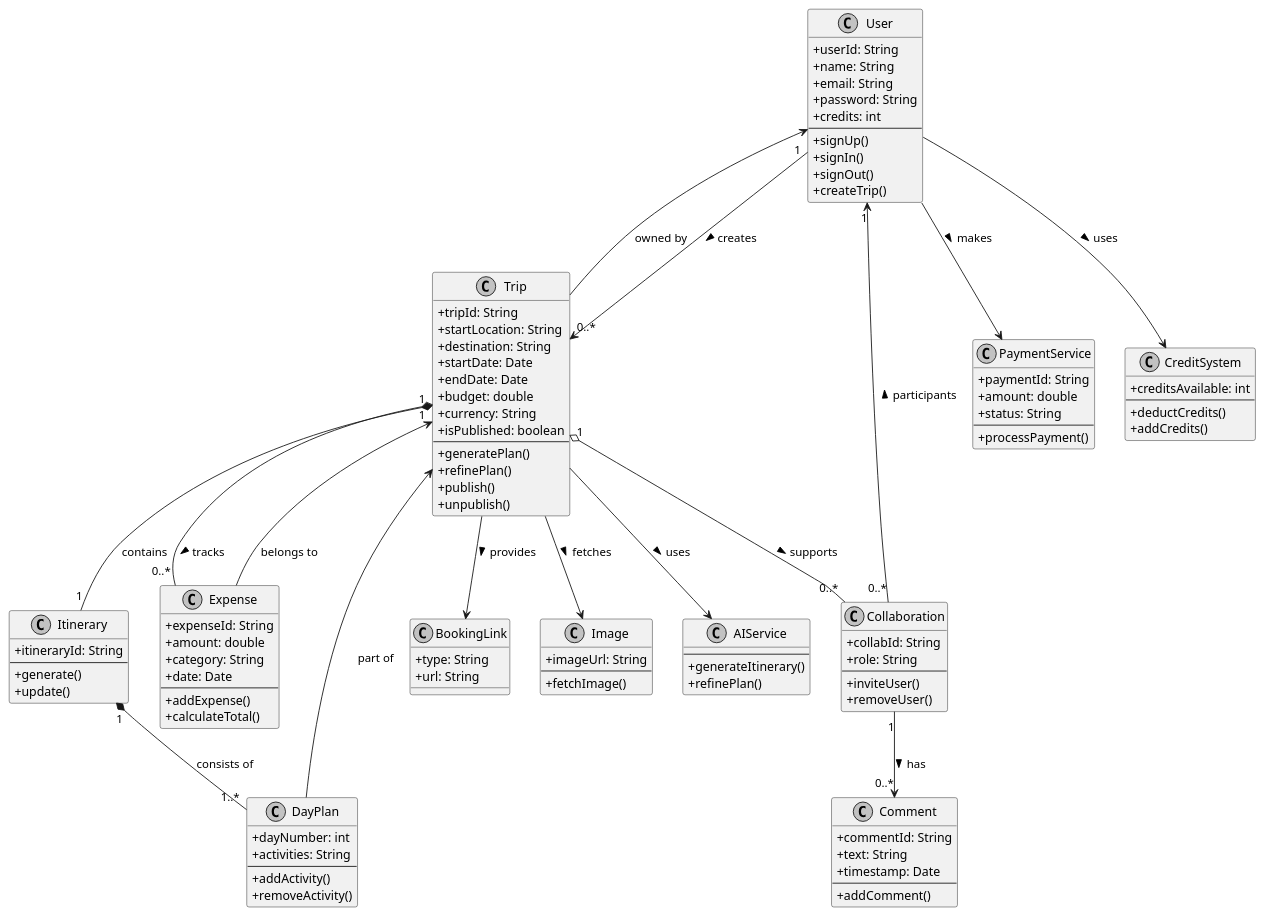
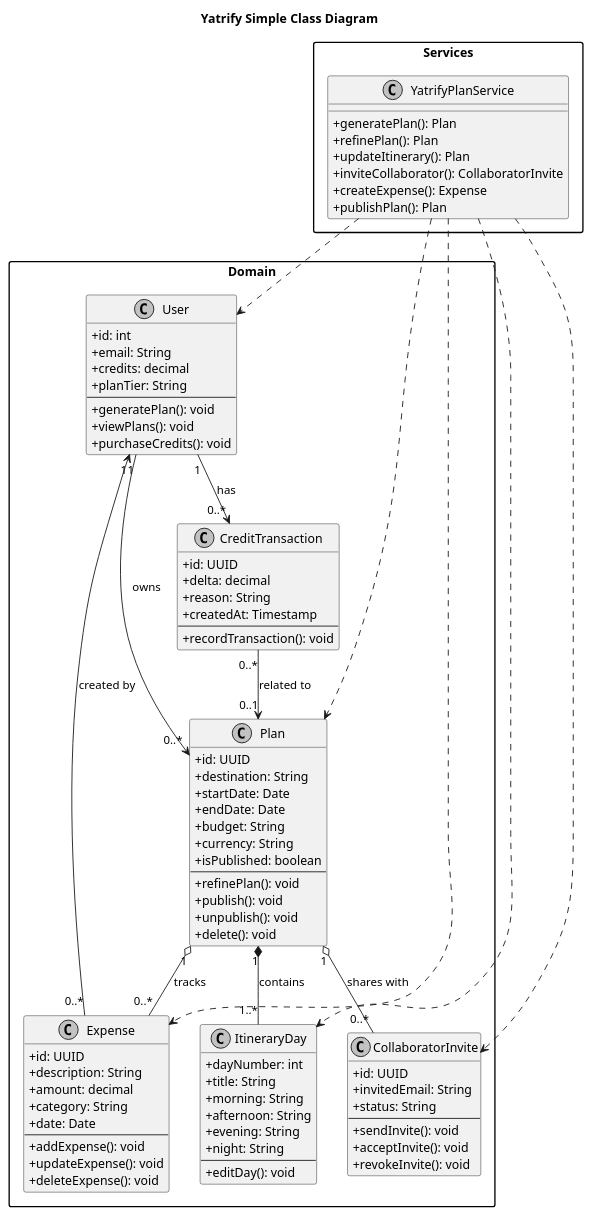
Before and after one commit to naishil19/Yatrify: the diagram in Diagram/class.plantuml, drawn with PlantUML. The commit also changed 13 other files, not shown here.

```diff
--- a/Diagram/class.plantuml
+++ b/Diagram/class.plantuml
@@ -1,141 +1,105 @@
 @startuml
 skinparam monochrome true
 skinparam shadowing false
 skinparam classAttributeIconSize 0
+skinparam packageStyle rectangle
 
-' ===================== CLASSES =====================
+title Yatrify Simple Class Diagram
 
-class User {
-  +userId: String
-  +name: String
-  +email: String
-  +password: String
-  +credits: int
-  --
-  +signUp()
-  +signIn()
-  +signOut()
-  +createTrip()
+package "Domain" {
+  class User {
+    +id: int
+    +email: String
+    +credits: decimal
+    +planTier: String
+    --
+    +generatePlan(): void
+    +viewPlans(): void
+    +purchaseCredits(): void
+  }
+
+  class Plan {
+    +id: UUID
+    +destination: String
+    +startDate: Date
+    +endDate: Date
+    +budget: String
+    +currency: String
+    +isPublished: boolean
+    --
+    +refinePlan(): void
+    +publish(): void
+    +unpublish(): void
+    +delete(): void
+  }
+
+  class ItineraryDay {
+    +dayNumber: int
+    +title: String
+    +morning: String
+    +afternoon: String
+    +evening: String
+    +night: String
+    --
+    +editDay(): void
+  }
+
+  class Expense {
+    +id: UUID
+    +description: String
+    +amount: decimal
+    +category: String
+    +date: Date
+    --
+    +addExpense(): void
+    +updateExpense(): void
+    +deleteExpense(): void
+  }
+
+  class CollaboratorInvite {
+    +id: UUID
+    +invitedEmail: String
+    +status: String
+    --
+    +sendInvite(): void
+    +acceptInvite(): void
+    +revokeInvite(): void
+  }
+
+  class CreditTransaction {
+    +id: UUID
+    +delta: decimal
+    +reason: String
+    +createdAt: Timestamp
+    --
+    +recordTransaction(): void
+  }
 }
 
-class Trip {
-  +tripId: String
-  +startLocation: String
-  +destination: String
-  +startDate: Date
-  +endDate: Date
-  +budget: double
-  +currency: String
-  +isPublished: boolean
-  --
-  +generatePlan()
-  +refinePlan()
-  +publish()
-  +unpublish()
+package "Services" {
+  class YatrifyPlanService {
+    +generatePlan(): Plan
+    +refinePlan(): Plan
+    +updateItinerary(): Plan
+    +inviteCollaborator(): CollaboratorInvite
+    +createExpense(): Expense
+    +publishPlan(): Plan
+  }
 }
 
-class Itinerary {
-  +itineraryId: String
-  --
-  +generate()
-  +update()
-}
+User "1" --> "0..*" Plan : owns
+Plan "1" *-- "1..*" ItineraryDay : contains
+Plan "1" o-- "0..*" Expense : tracks
+Plan "1" o-- "0..*" CollaboratorInvite : shares with
+User "1" --> "0..*" CreditTransaction : has
 
-class DayPlan {
-  +dayNumber: int
-  +activities: String
-  --
-  +addActivity()
-  +removeActivity()
-}
+Expense "0..*" --> "1" User : created by
+CreditTransaction "0..*" --> "0..1" Plan : related to
 
-class Expense {
-  +expenseId: String
-  +amount: double
-  +category: String
-  +date: Date
-  --
-  +addExpense()
-  +calculateTotal()
-}
-
-class Collaboration {
-  +collabId: String
-  +role: String
-  --
-  +inviteUser()
-  +removeUser()
-}
-
-class Comment {
-  +commentId: String
-  +text: String
-  +timestamp: Date
-  --
-  +addComment()
-}
-
-class BookingLink {
-  +type: String
-  +url: String
-}
-
-class Image {
-  +imageUrl: String
-  --
-  +fetchImage()
-}
-
-class AIService {
-  --
-  +generateItinerary()
-  +refinePlan()
-}
-
-class PaymentService {
-  +paymentId: String
-  +amount: double
-  +status: String
-  --
-  +processPayment()
-}
-
-class CreditSystem {
-  +creditsAvailable: int
-  --
-  +deductCredits()
-  +addCredits()
-}
-
-' ===================== RELATIONSHIPS =====================
-
-' User and Trip
-User "1" --> "0..*" Trip : creates >
-Trip --> User : owned by
-
-' Trip composition
-Trip "1" *-- "1" Itinerary : contains
-Itinerary "1" *-- "1..*" DayPlan : consists of
-
-' Expense tracking
-Trip "1" o-- "0..*" Expense : tracks >
-
-' Collaboration
-Trip "1" o-- "0..*" Collaboration : supports >
-Collaboration "0..*" --> "1" User : participants >
-Collaboration "1" --> "0..*" Comment : has >
-
-' External services
-Trip --> AIService : uses >
-Trip --> Image : fetches >
-Trip --> BookingLink : provides >
-
-' Payment & credits
-User --> PaymentService : makes >
-User --> CreditSystem : uses >
-
-' Additional relations
-Expense --> Trip : belongs to
-DayPlan --> Trip : part of
+YatrifyPlanService ..> User
+YatrifyPlanService ..> Plan
+YatrifyPlanService ..> ItineraryDay
+YatrifyPlanService ..> Expense
+YatrifyPlanService ..> CollaboratorInvite
 
 @enduml
```
